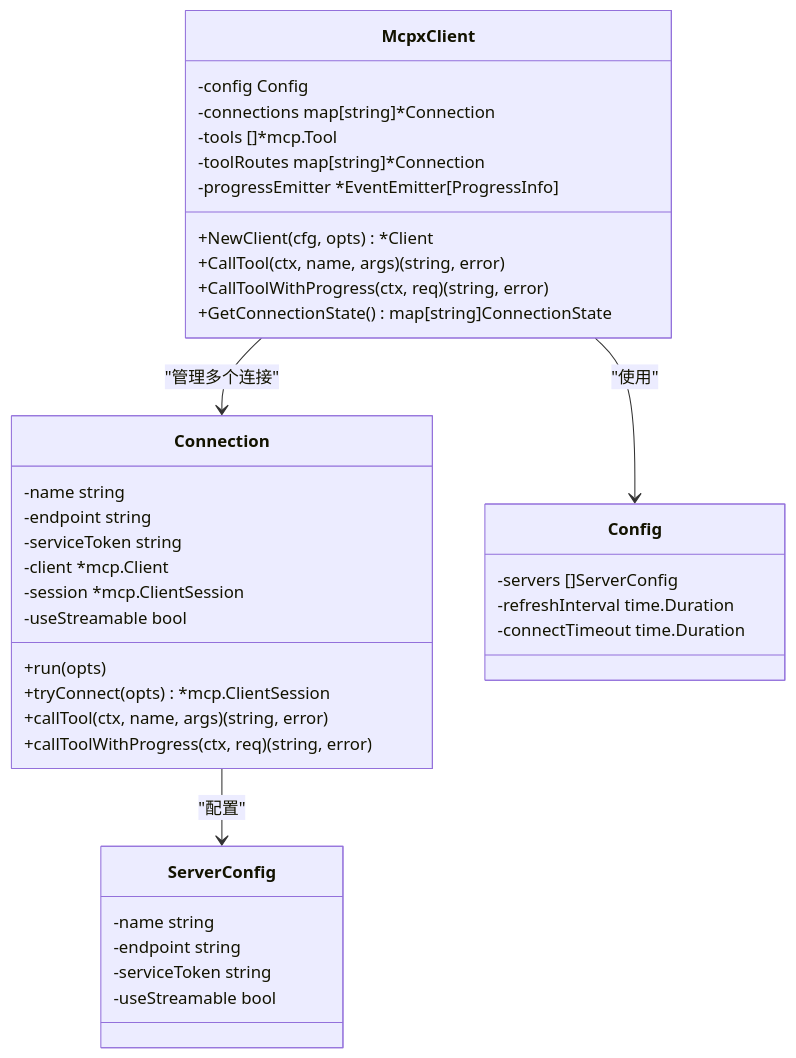
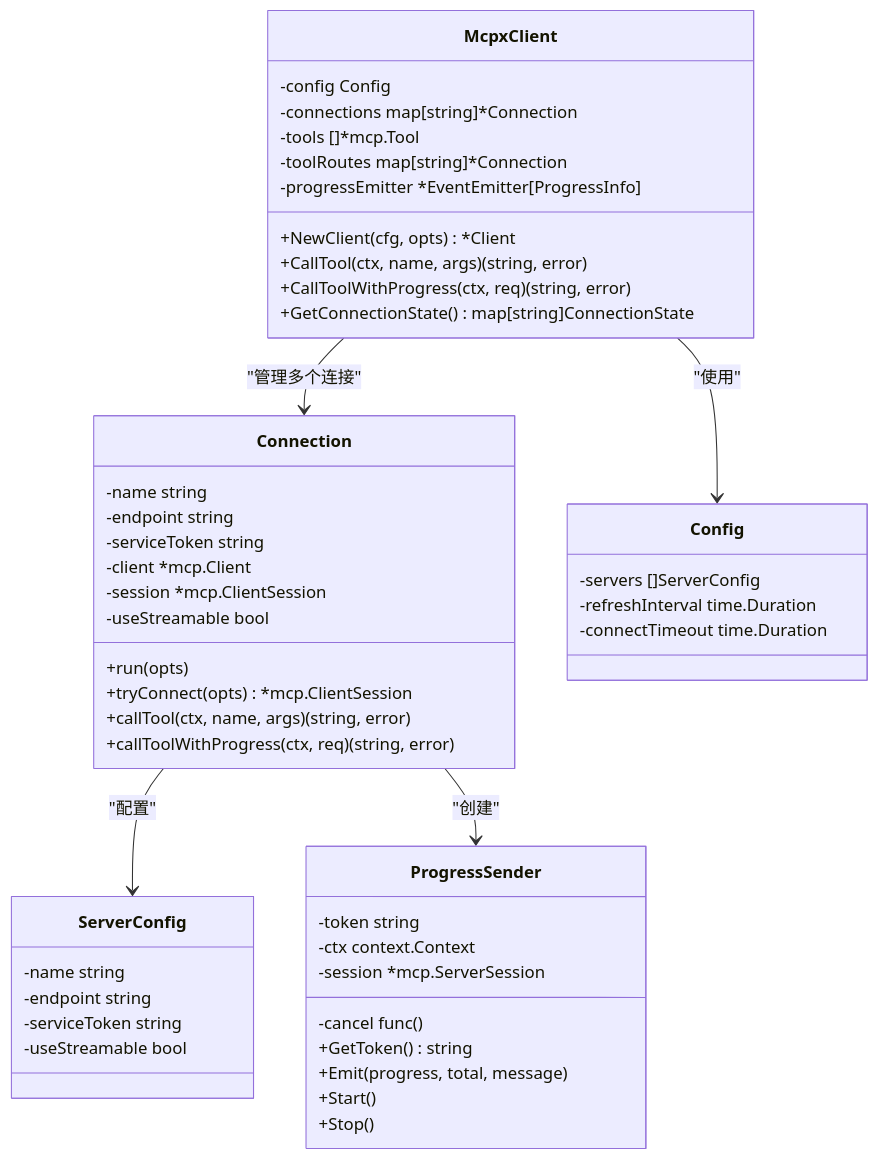
Before and after one commit to maomao94/zero-service: diagram 12 of 29 in .qoder/repowiki/zh/content/AI聊天服务迁移指南.md, drawn with Mermaid. The commit also changed other lines of this file and 48 other files, not shown here.

````diff
--- a/.qoder/repowiki/zh/content/AI聊天服务迁移指南.md
+++ b/.qoder/repowiki/zh/content/AI聊天服务迁移指南.md
@@ -545,40 +607,51 @@
 ```mermaid
 classDiagram
 class McpxClient {
 -config Config
 -connections map[string]*Connection
 -tools []*mcp.Tool
 -toolRoutes map[string]*Connection
 -progressEmitter *EventEmitter[ProgressInfo]
 +NewClient(cfg, opts) *Client
 +CallTool(ctx, name, args) (string, error)
 +CallToolWithProgress(ctx, req) (string, error)
 +GetConnectionState() map[string]ConnectionState
 }
 class Connection {
 -name string
 -endpoint string
 -serviceToken string
 -client *mcp.Client
 -session *mcp.ClientSession
 -useStreamable bool
 +run(opts)
 +tryConnect(opts) *mcp.ClientSession
 +callTool(ctx, name, args) (string, error)
 +callToolWithProgress(ctx, req) (string, error)
 }
 class Config {
 -servers []ServerConfig
 -refreshInterval time.Duration
 -connectTimeout time.Duration
 }
 class ServerConfig {
 -name string
 -endpoint string
 -serviceToken string
 -useStreamable bool
 }
+class ProgressSender {
+-token string
+-ctx context.Context
+-session *mcp.ServerSession
+-cancel func()
++GetToken() string
++Emit(progress, total, message)
++Start()
++Stop()
+}
 McpxClient --> Connection : "管理多个连接"
 McpxClient --> Config : "使用"
 Connection --> ServerConfig : "配置"
+Connection --> ProgressSender : "创建"
 ```
````
